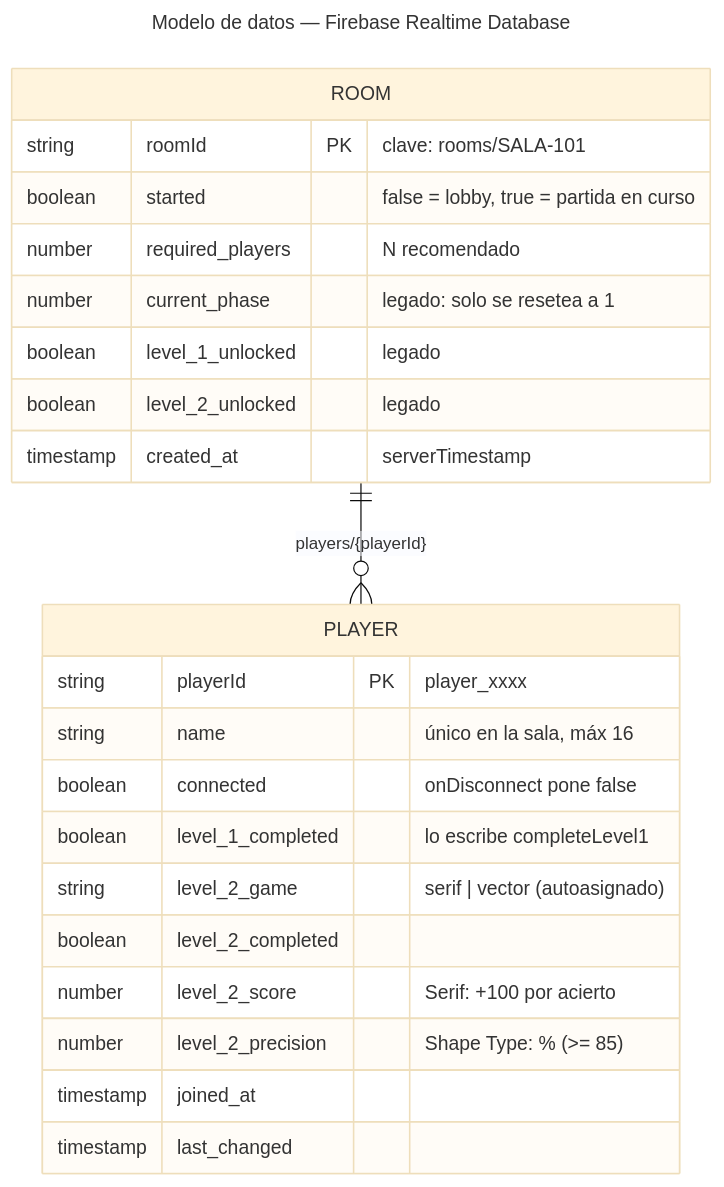
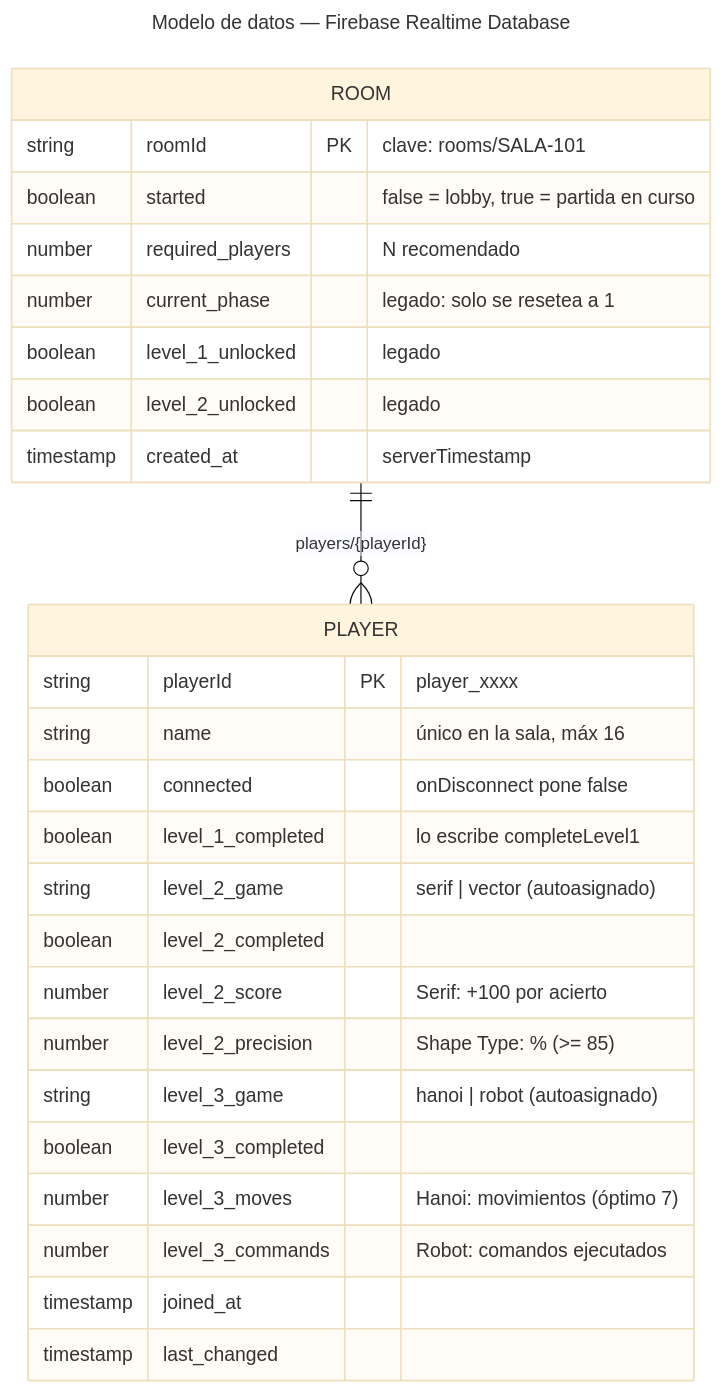
The diagram in docs/diagramas/fuentes/03-modelo-de-datos.mmd (morphine75/escape_room), drawn with Mermaid (base theme) before and after one commit. The commit also changed 23 other files, not shown here.

First line of the commit message:
Add Level 3 'Laboratorio de Algoritmos' (Torres de Hanoi / Robot Ciego)

```diff
--- a/docs/diagramas/fuentes/03-modelo-de-datos.mmd
+++ b/docs/diagramas/fuentes/03-modelo-de-datos.mmd
@@ -1,26 +1,30 @@
 ---
 title: Modelo de datos — Firebase Realtime Database
 ---
 erDiagram
   ROOM ||--o{ PLAYER : "players/{playerId}"
   ROOM {
     string roomId PK "clave: rooms/SALA-101"
     boolean started "false = lobby, true = partida en curso"
     number required_players "N recomendado"
     number current_phase "legado: solo se resetea a 1"
     boolean level_1_unlocked "legado"
     boolean level_2_unlocked "legado"
     timestamp created_at "serverTimestamp"
   }
   PLAYER {
     string playerId PK "player_xxxx"
     string name "único en la sala, máx 16"
     boolean connected "onDisconnect pone false"
     boolean level_1_completed "lo escribe completeLevel1"
     string level_2_game "serif | vector (autoasignado)"
     boolean level_2_completed
     number level_2_score "Serif: +100 por acierto"
     number level_2_precision "Shape Type: % (>= 85)"
+    string level_3_game "hanoi | robot (autoasignado)"
+    boolean level_3_completed
+    number level_3_moves "Hanoi: movimientos (óptimo 7)"
+    number level_3_commands "Robot: comandos ejecutados"
     timestamp joined_at
     timestamp last_changed
   }
```
